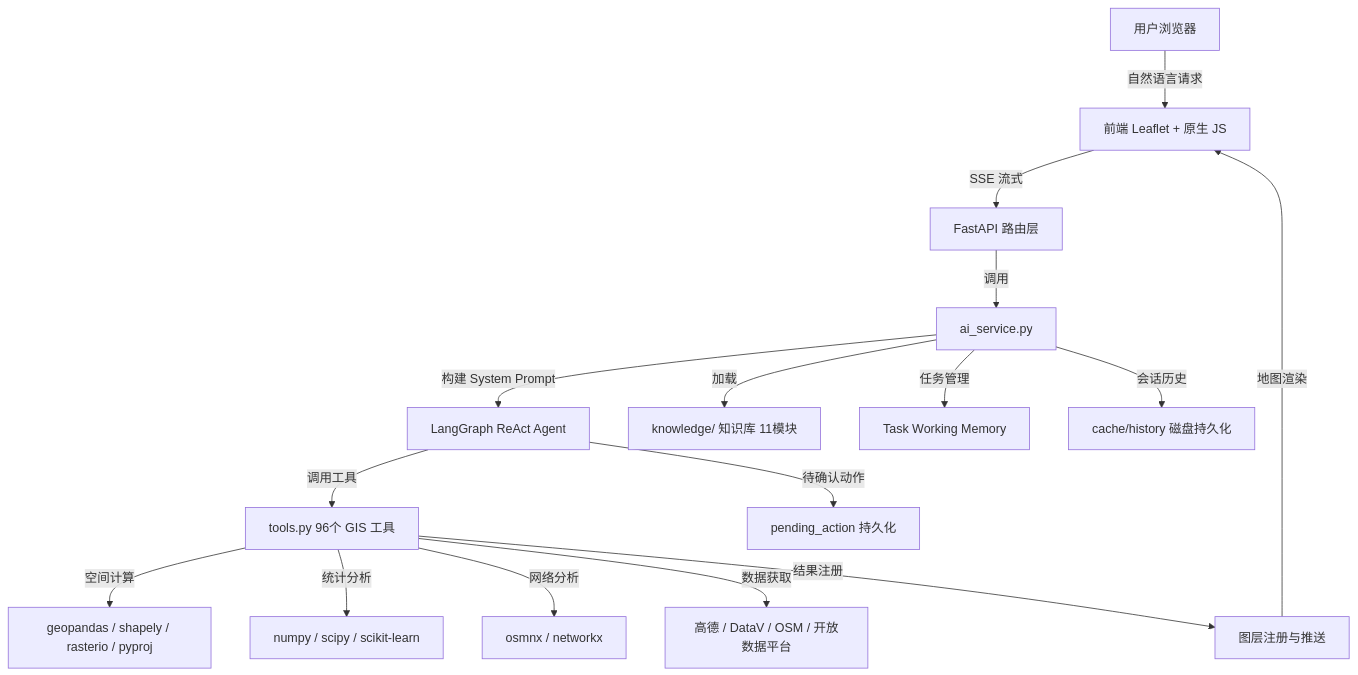
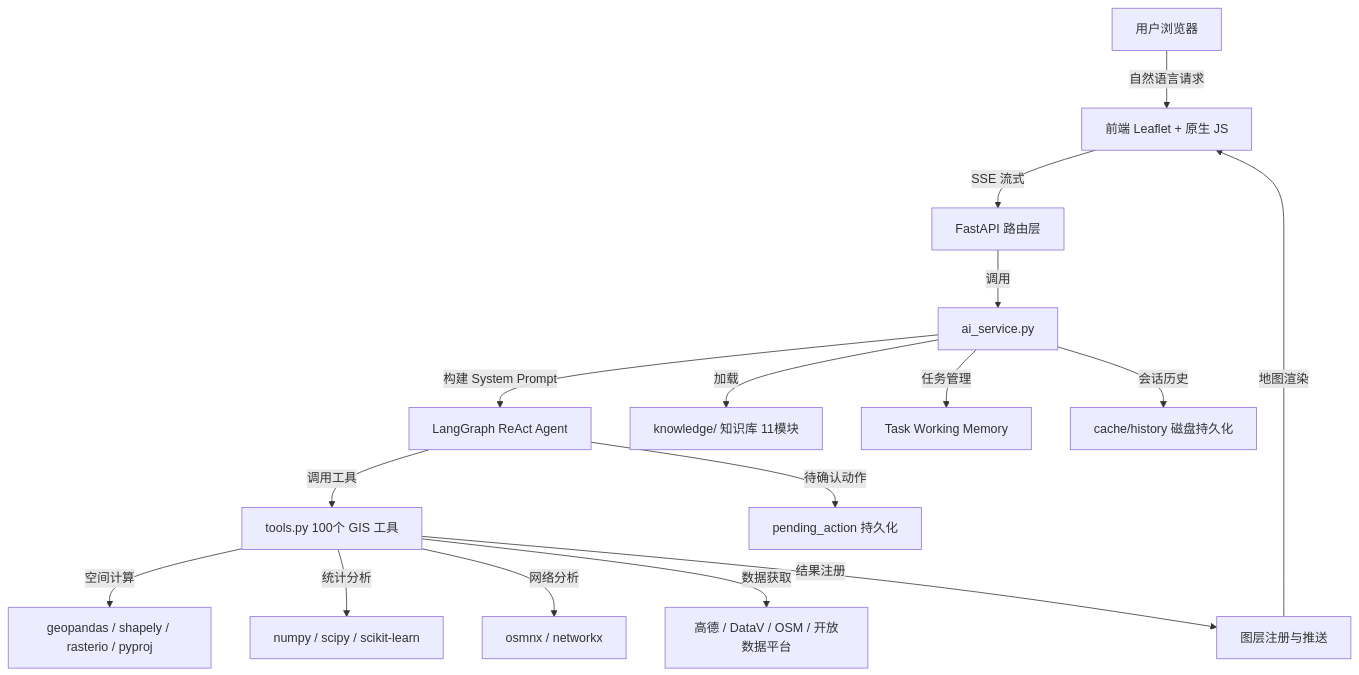
The first of 2 diagrams in README.md (Wukeeeeee/GIS-WORKTABLE), drawn with Mermaid before and after one commit. The commit also changed other lines of this file and 14 other files, not shown here.

````diff
--- a/README.md
+++ b/README.md
@@ -99,18 +101,18 @@
 ```mermaid
 graph TB
     User[用户浏览器] -->|自然语言请求| Frontend[前端 Leaflet + 原生 JS]
     Frontend -->|SSE 流式| API[FastAPI 路由层]
     API -->|调用| AIService[ai_service.py]
     AIService -->|构建 System Prompt| Graph[LangGraph ReAct Agent]
     AIService -->|加载| KB[knowledge/ 知识库 11模块]
-    Graph -->|调用工具| Tools[tools.py 96个 GIS 工具]
+    Graph -->|调用工具| Tools[tools.py 100个 GIS 工具]
     Tools -->|空间计算| GeoStack[geopandas / shapely / rasterio / pyproj]
     Tools -->|统计分析| StatsStack[numpy / scipy / scikit-learn]
     Tools -->|网络分析| NetworkStack[osmnx / networkx]
     Tools -->|数据获取| DataSources[高德 / DataV / OSM / 开放数据平台]
     Tools -->|结果注册| LayerState[图层注册与推送]
     LayerState -->|地图渲染| Frontend
     Graph -->|待确认动作| PendingAction[pending_action 持久化]
     AIService -->|任务管理| TaskManager[Task Working Memory]
     AIService -->|会话历史| History[cache/history 磁盘持久化]
 ```
````
